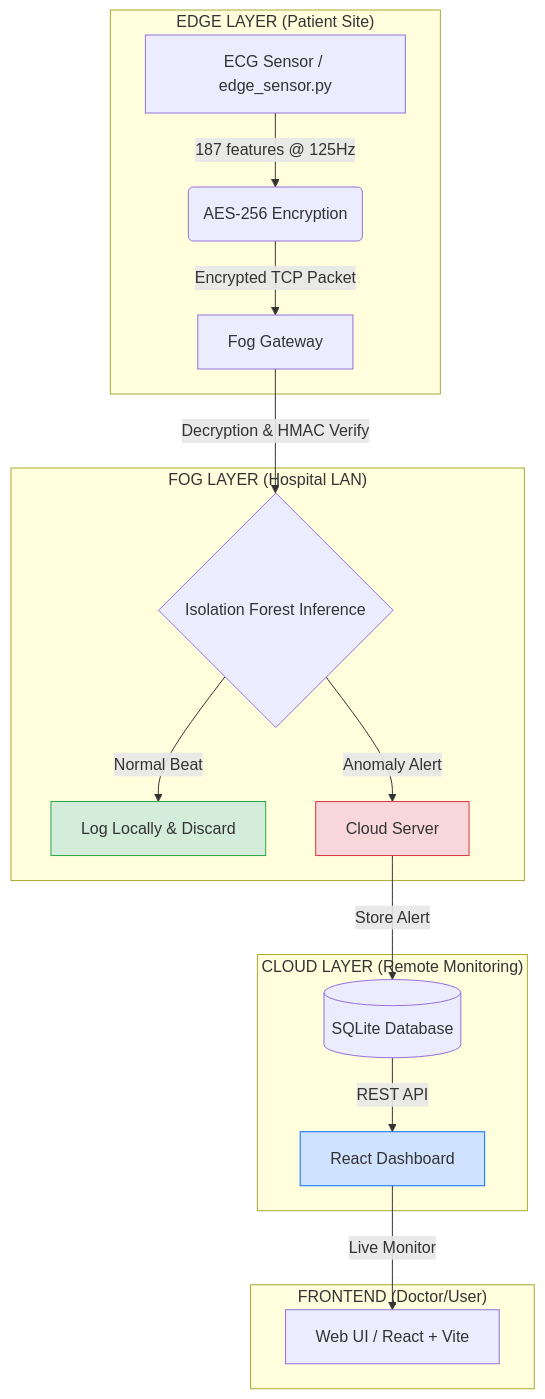
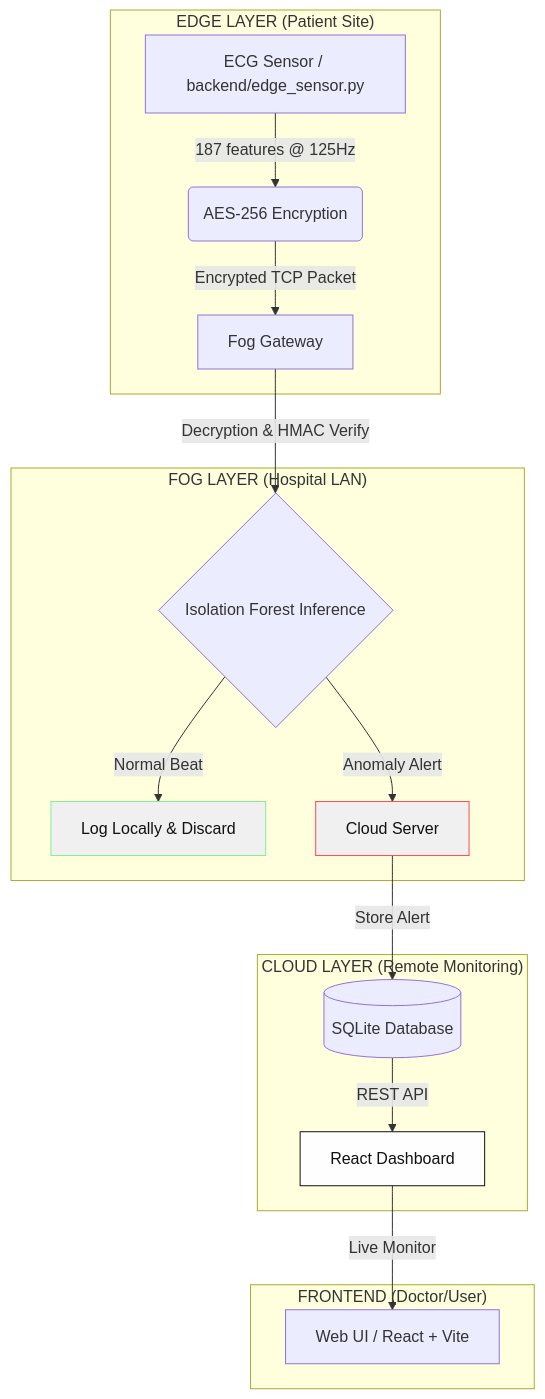
Before and after one commit to namansingh302004/fog_project_secureHealth: the diagram in README.md, drawn with Mermaid. The commit also changed other lines of this file and 11 other files, not shown here.

````diff
--- a/README.md
+++ b/README.md
@@ -24,26 +24,26 @@
 ```mermaid
 graph TD
     subgraph "EDGE LAYER (Patient Site)"
-        A[ECG Sensor / edge_sensor.py] -->|187 features @ 125Hz| B(AES-256 Encryption)
+        A[ECG Sensor / backend/edge_sensor.py] -->|187 features @ 125Hz| B(AES-256 Encryption)
         B -->|Encrypted TCP Packet| C[Fog Gateway]
     end
 
     subgraph "FOG LAYER (Hospital LAN)"
         C -->|Decryption & HMAC Verify| D{Isolation Forest Inference}
         D -->|Normal Beat| E[Log Locally & Discard]
         D -->|Anomaly Alert| F[Cloud Server]
     end
 
     subgraph "CLOUD LAYER (Remote Monitoring)"
         F -->|Store Alert| G[(SQLite Database)]
         G -->|REST API| H[React Dashboard]
     end
 
     subgraph "FRONTEND (Doctor/User)"
         H -->|Live Monitor| I[Web UI / React + Vite]
     end
 
-    style E fill:#d4edda,stroke:#28a745
-    style F fill:#f8d7da,stroke:#dc3545
-    style H fill:#cfe2ff,stroke:#0d6efd
+    style E fill:#F0F0F0,stroke:#80ED99,color:#111
+    style F fill:#F0F0F0,stroke:#ff4757,color:#111
+    style H fill:#FEFEFE,stroke:#111,color:#111
 ```
````
